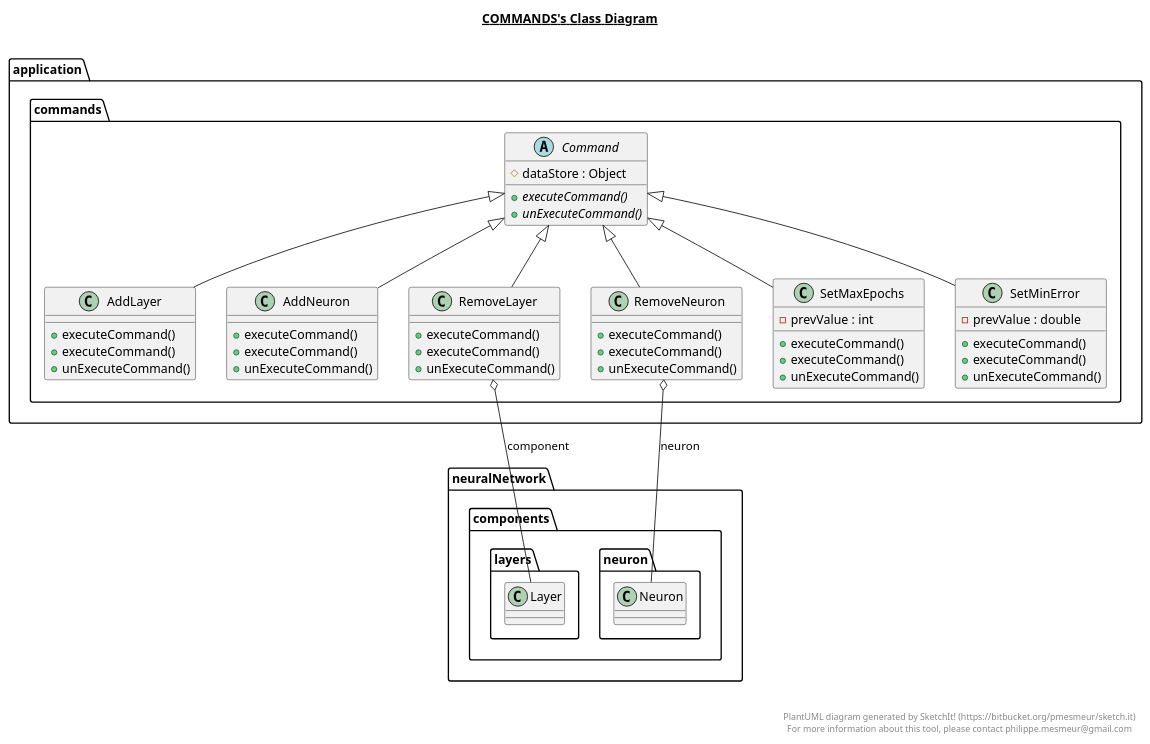
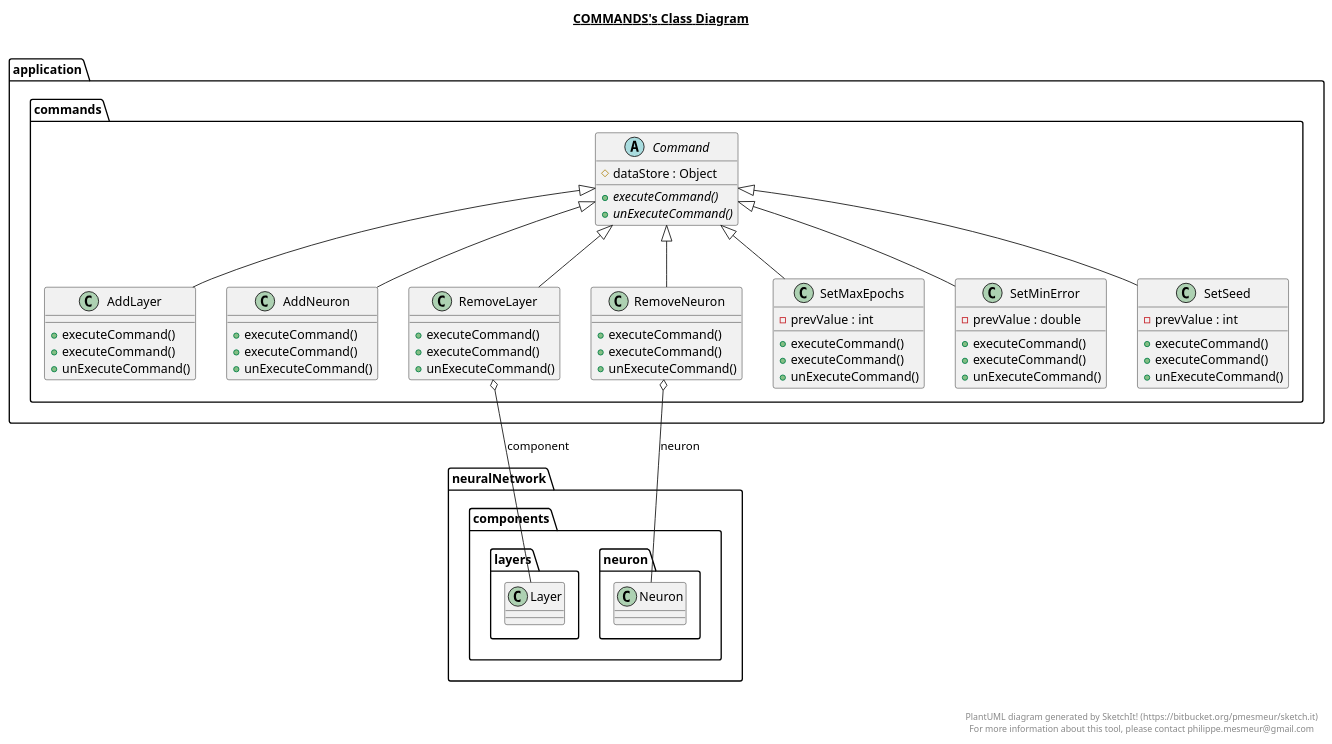
One commit to Sam-Malpass/Build-A-Net changed the diagram in src/application/commands/commands.plantuml. Above: the diagram before and after it, drawn with PlantUML. The commit also changed 6 other files, not shown here.

Commit message:
Handle UML Diagrams

```diff
--- a/src/application/commands/commands.plantuml
+++ b/src/application/commands/commands.plantuml
@@ -1,101 +1,114 @@
 @startuml
 
 title __COMMANDS's Class Diagram__\n
 
   namespace application {
     namespace commands {
       class application.commands.AddLayer {
           + executeCommand()
           + executeCommand()
           + unExecuteCommand()
       }
     }
   }
   
 
   namespace application {
     namespace commands {
       class application.commands.AddNeuron {
           + executeCommand()
           + executeCommand()
           + unExecuteCommand()
       }
     }
   }
   
 
   namespace application {
     namespace commands {
       abstract class application.commands.Command {
           # dataStore : Object
           {abstract} + executeCommand()
           {abstract} + unExecuteCommand()
       }
     }
   }
   
 
   namespace application {
     namespace commands {
       class application.commands.RemoveLayer {
           + executeCommand()
           + executeCommand()
           + unExecuteCommand()
       }
     }
   }
   
 
   namespace application {
     namespace commands {
       class application.commands.RemoveNeuron {
           + executeCommand()
           + executeCommand()
           + unExecuteCommand()
       }
     }
   }
   
 
   namespace application {
     namespace commands {
       class application.commands.SetMaxEpochs {
           - prevValue : int
           + executeCommand()
           + executeCommand()
           + unExecuteCommand()
       }
     }
   }
   
 
   namespace application {
     namespace commands {
       class application.commands.SetMinError {
           - prevValue : double
           + executeCommand()
           + executeCommand()
           + unExecuteCommand()
       }
     }
   }
   
 
+  namespace application {
+    namespace commands {
+      class application.commands.SetSeed {
+          - prevValue : int
+          + executeCommand()
+          + executeCommand()
+          + unExecuteCommand()
+      }
+    }
+  }
+  
+
   application.commands.AddLayer -up-|> application.commands.Command
   application.commands.AddNeuron -up-|> application.commands.Command
   application.commands.RemoveLayer -up-|> application.commands.Command
   application.commands.RemoveLayer o-- neuralNetwork.components.layers.Layer : component
   application.commands.RemoveNeuron -up-|> application.commands.Command
   application.commands.RemoveNeuron o-- neuralNetwork.components.neuron.Neuron : neuron
   application.commands.SetMaxEpochs -up-|> application.commands.Command
   application.commands.SetMinError -up-|> application.commands.Command
+  application.commands.SetSeed -up-|> application.commands.Command
 
 
 right footer
 
 
 PlantUML diagram generated by SketchIt! (https://bitbucket.org/pmesmeur/sketch.it)
 For more information about this tool, please contact philippe.mesmeur@gmail.com
 endfooter
 
 @enduml
```
